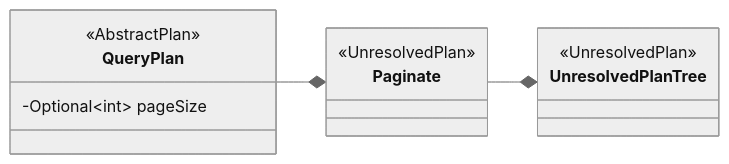
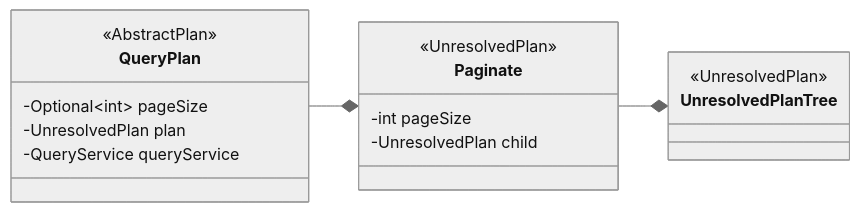
Before and after one commit to opensearch-project/sql: the fifth of 22 diagrams in docs/dev/Pagination-v2.md, drawn with Mermaid (neutral theme). The commit also changed other lines of this file and 2 other files, not shown here.

````diff
--- a/docs/dev/Pagination-v2.md
+++ b/docs/dev/Pagination-v2.md
@@ -337,16 +199,20 @@
 ```mermaid
 classDiagram
   direction LR
   class QueryPlan {
     <<AbstractPlan>>
     -Optional~int~ pageSize
+    -UnresolvedPlan plan
+    -QueryService queryService
   }
   class Paginate {
     <<UnresolvedPlan>>
+    -int pageSize
+    -UnresolvedPlan child
   }
   class UnresolvedPlanTree {
     <<UnresolvedPlan>>
   }
   QueryPlan --* Paginate
   Paginate --* UnresolvedPlanTree
 ```
````
